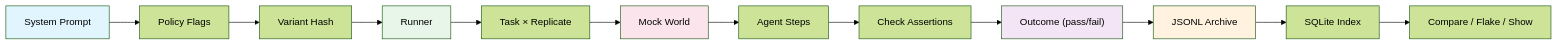
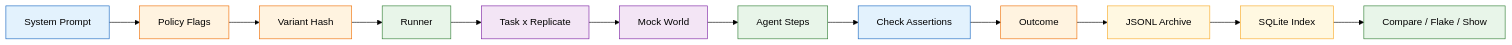
Before and after one commit to Mehul-bisht-0/Driftbench--AI-regression-testing-harness: the tenth of 11 diagrams in README.md, drawn with Mermaid (forest theme). The commit also changed other lines of this file, not shown here.

````diff
--- a/README.md
+++ b/README.md
@@ -500,20 +537,27 @@
 ```mermaid
 flowchart LR
     A["System Prompt"] --> B["Policy Flags"]
     B --> C["Variant Hash"]
     C --> D["Runner"]
-    D --> E["Task × Replicate"]
+    D --> E["Task x Replicate"]
     E --> F["Mock World"]
     F --> G["Agent Steps"]
     G --> H["Check Assertions"]
-    H --> I["Outcome (pass/fail)"]
+    H --> I["Outcome"]
     I --> J["JSONL Archive"]
     J --> K["SQLite Index"]
     K --> L["Compare / Flake / Show"]
 
-    style A fill:#e1f5fe
-    style D fill:#e8f5e9
-    style F fill:#fce4ec
-    style I fill:#f3e5f5
-    style J fill:#fff3e0
+    style A fill:#e3f2fd,stroke:#1565c0
+    style B fill:#fff3e0,stroke:#ef6c00
+    style C fill:#fff3e0,stroke:#ef6c00
+    style D fill:#e8f5e9,stroke:#2e7d32
+    style E fill:#f3e5f5,stroke:#7b1fa2
+    style F fill:#f3e5f5,stroke:#7b1fa2
+    style G fill:#e8f5e9,stroke:#2e7d32
+    style H fill:#e3f2fd,stroke:#1565c0
+    style I fill:#fff3e0,stroke:#ef6c00
+    style J fill:#fff8e1,stroke:#f9a825
+    style K fill:#fff8e1,stroke:#f9a825
+    style L fill:#e8f5e9,stroke:#2e7d32
 ```
````
